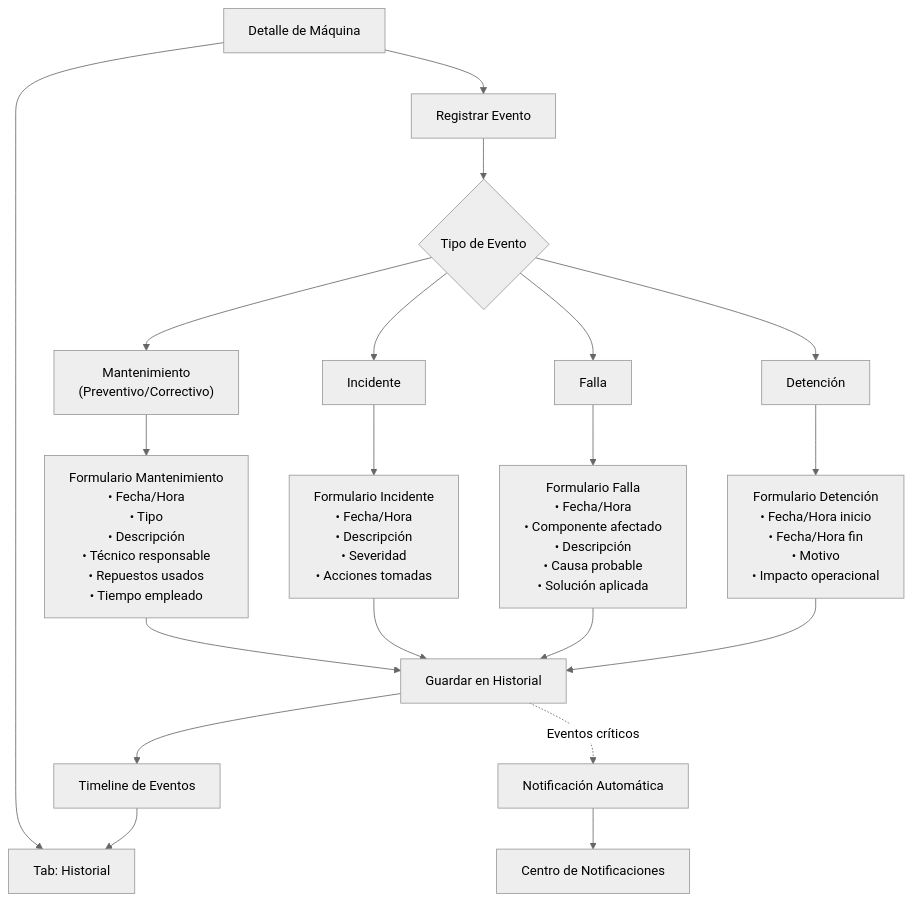
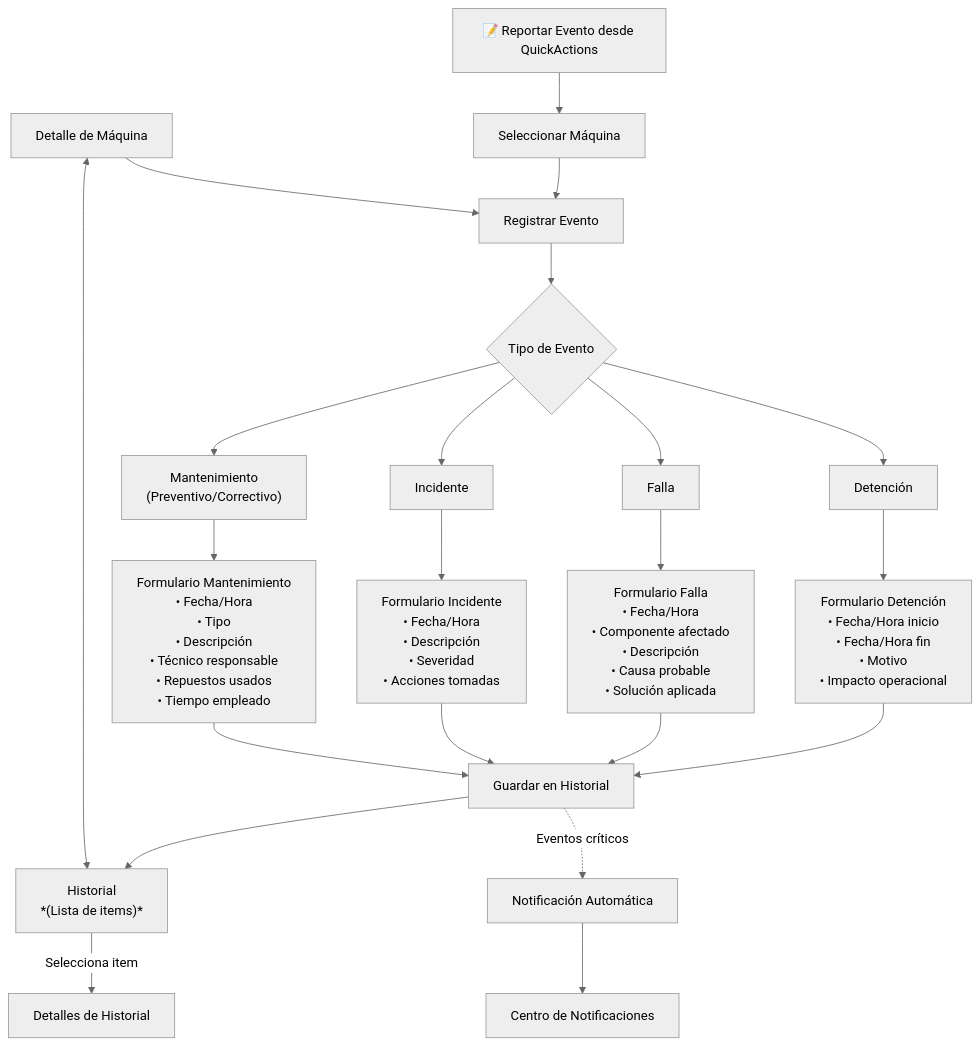
Before and after one commit to MarkMed/FleetMan: the seventh of 9 diagrams in docs/userJourney.md, drawn with Mermaid (neutral theme). The commit also changed other lines of this file, not shown here.

Commit message:
Enhance event registration flow: add history tracking and streamline access from QuickActions

````diff
--- a/docs/userJourney.md
+++ b/docs/userJourney.md
@@ -203,31 +204,37 @@
 ```mermaid
 flowchart TD
+    %% Acceso desde QuickActions
+    QA_EVENT[📝 Reportar Evento desde QuickActions] --> SELECT_MACHINE[Seleccionar Máquina]
+    
+    %% Acceso directo desde Detalle de Máquina
     DETAIL[Detalle de Máquina] --> EVENT[Registrar Evento]
-    DETAIL --> TAB_HIST[Tab: Historial]
+    DETAIL <--> TAB_HIST[Historial</br>*#40;Lista de items#41;*]
+    TAB_HIST --> |Selecciona item| HISTORY_DETAILS[Detalles de Historial]
     
+    %% Flujo común
+    SELECT_MACHINE --> EVENT
     EVENT --> EVENT_TYPE{Tipo de Evento}
     EVENT_TYPE --> MAINT[Mantenimiento<br/>#40;Preventivo/Correctivo#41;]
     EVENT_TYPE --> INCIDENT[Incidente]
     EVENT_TYPE --> FAILURE[Falla]
     EVENT_TYPE --> DOWNTIME[Detención]
     
     MAINT --> MAINT_FORM["Formulario Mantenimiento<br/>• Fecha/Hora<br/>• Tipo<br/>• Descripción<br/>• Técnico responsable<br/>• Repuestos usados<br/>• Tiempo empleado"]
     
     INCIDENT --> INCIDENT_FORM["Formulario Incidente<br/>• Fecha/Hora<br/>• Descripción<br/>• Severidad<br/>• Acciones tomadas"]
     
     FAILURE --> FAILURE_FORM["Formulario Falla<br/>• Fecha/Hora<br/>• Componente afectado<br/>• Descripción<br/>• Causa probable<br/>• Solución aplicada"]
     
     DOWNTIME --> DOWNTIME_FORM["Formulario Detención<br/>• Fecha/Hora inicio<br/>• Fecha/Hora fin<br/>• Motivo<br/>• Impacto operacional"]
     
     MAINT_FORM --> SAVE_EVENT[Guardar en Historial]
     INCIDENT_FORM --> SAVE_EVENT
     FAILURE_FORM --> SAVE_EVENT
     DOWNTIME_FORM --> SAVE_EVENT
     
-    SAVE_EVENT --> TIMELINE[Timeline de Eventos]
-    TIMELINE --> TAB_HIST
+    SAVE_EVENT --> TAB_HIST
     
     %% Algunos eventos pueden generar notificaciones
     SAVE_EVENT -. Eventos críticos .-> AUTO_NOTIF[Notificación Automática]
     AUTO_NOTIF --> NOTIFICATION[Centro de Notificaciones]
 ```
````
